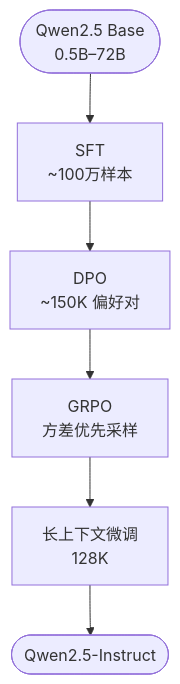
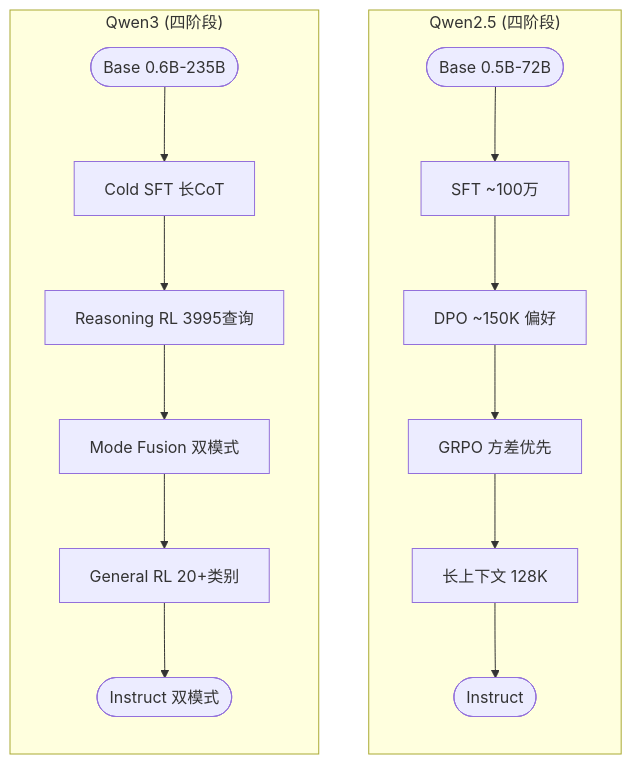
The diagram in docs/post-training/ch2/2.3-qwen.md (XavierZhang2002/agentic-rl-analysis), drawn with Mermaid before and after one commit. The commit also changed other lines of this file and 6 other files, not shown here.

First line of the commit message:
refactor: 删除低信息量图表，合并/丰富关键图表

````diff
--- a/docs/post-training/ch2/2.3-qwen.md
+++ b/docs/post-training/ch2/2.3-qwen.md
@@ -31,8 +31,11 @@
 ```mermaid
 flowchart TD
-    Base([Qwen2.5 Base\n0.5B–72B]) --> S1[SFT\n~100万样本]
-    S1 --> S2[DPO\n~150K 偏好对]
-    S2 --> S3[GRPO\n方差优先采样]
-    S3 --> S4[长上下文微调\n128K]
-    S4 --> Final([Qwen2.5-Instruct])
+    subgraph Q25["Qwen2.5 (四阶段)"]
+        direction TB
+        B1([Base 0.5B-72B]) --> A1[SFT ~100万] --> A2[DPO ~150K 偏好] --> A3[GRPO 方差优先] --> A4[长上下文 128K] --> F1([Instruct])
+    end
+    subgraph Q3["Qwen3 (四阶段)"]
+        direction TB
+        B2([Base 0.6B-235B]) --> C1[Cold SFT 长CoT] --> C2[Reasoning RL 3995查询] --> C3[Mode Fusion 双模式] --> C4[General RL 20+类别] --> F2([Instruct 双模式])
+    end
 ```
````
